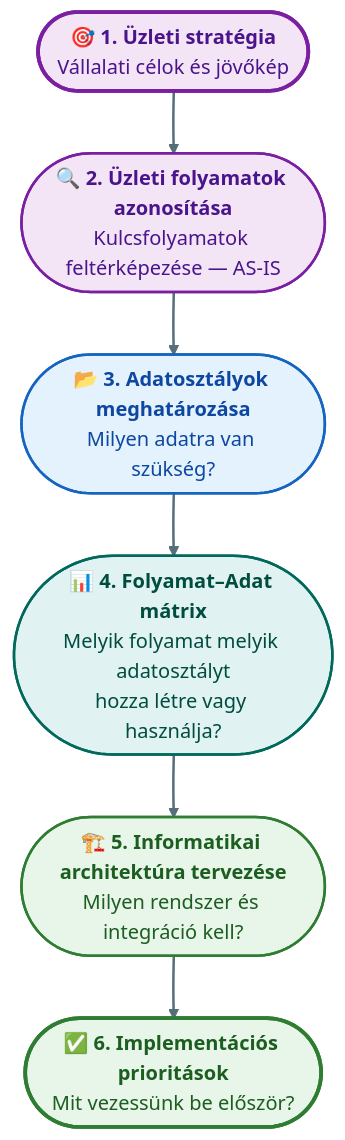
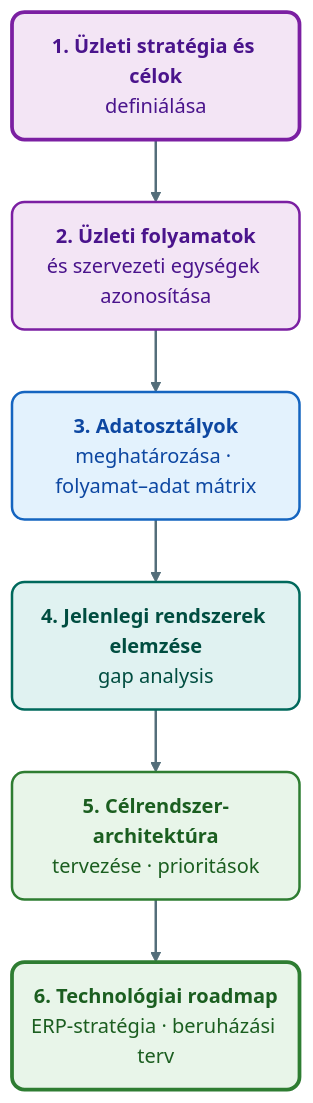
Before and after one commit to denespocsik/MM_BSC_Zarovizsga: the third of 4 diagrams in Tételek/V15-GMXIV2MBLF-ERP projektmenedzsment és üzemeltetés.tétel.md, drawn with Mermaid. The commit also changed other lines of this file and 2 other files, not shown here.

````diff
--- a/Tételek/V15-GMXIV2MBLF-ERP projektmenedzsment és üzemeltetés.tétel.md
+++ b/Tételek/V15-GMXIV2MBLF-ERP projektmenedzsment és üzemeltetés.tétel.md
@@ -122,20 +140,20 @@
 ```mermaid
 flowchart TD
-    A(["🎯 <b>1. Üzleti stratégia</b><br/>Vállalati célok és jövőkép"]):::lilaH
-    B(["🔍 <b>2. Üzleti folyamatok azonosítása</b><br/>Kulcsfolyamatok feltérképezése — AS-IS"]):::lila
-    C(["📂 <b>3. Adatosztályok meghatározása</b><br/>Milyen adatra van szükség?"]):::kek
-    D(["📊 <b>4. Folyamat–Adat mátrix</b><br/>Melyik folyamat melyik adatosztályt<br/>hozza létre vagy használja?"]):::turkiz
-    E(["🏗️ <b>5. Informatikai architektúra tervezése</b><br/>Milyen rendszer és integráció kell?"]):::zold
-    F(["✅ <b>6. Implementációs prioritások</b><br/>Mit vezessünk be először?"]):::zoldH
+    A("<b>1. Üzleti stratégia és célok</b><br/>definiálása"):::lilaH
+    B("<b>2. Üzleti folyamatok</b><br/>és szervezeti egységek azonosítása"):::lila
+    C("<b>3. Adatosztályok</b><br/>meghatározása · folyamat–adat mátrix"):::kek
+    D("<b>4. Jelenlegi rendszerek elemzése</b><br/>gap analysis"):::turkiz
+    E("<b>5. Célrendszer-architektúra</b><br/>tervezése · prioritások"):::zold
+    F("<b>6. Technológiai roadmap</b><br/>ERP-stratégia · beruházási terv"):::zoldH
 
     A --> B --> C --> D --> E --> F
 
     classDef kek    fill:#e3f2fd,stroke:#1565c0,stroke-width:2px,color:#0d47a1,rx:10,ry:10;
     classDef zold   fill:#e8f5e9,stroke:#2e7d32,stroke-width:2px,color:#1b5e20,rx:10,ry:10;
     classDef zoldH  fill:#e8f5e9,stroke:#2e7d32,stroke-width:3px,color:#1b5e20,rx:10,ry:10;
     classDef lila   fill:#f3e5f5,stroke:#7b1fa2,stroke-width:2px,color:#4a148c,rx:10,ry:10;
     classDef lilaH  fill:#f3e5f5,stroke:#7b1fa2,stroke-width:3px,color:#4a148c,rx:10,ry:10;
     classDef turkiz fill:#e0f2f1,stroke:#00695c,stroke-width:2px,color:#004d40,rx:10,ry:10;
 
     linkStyle default stroke:#546e7a,stroke-width:2px;
 ```
````
